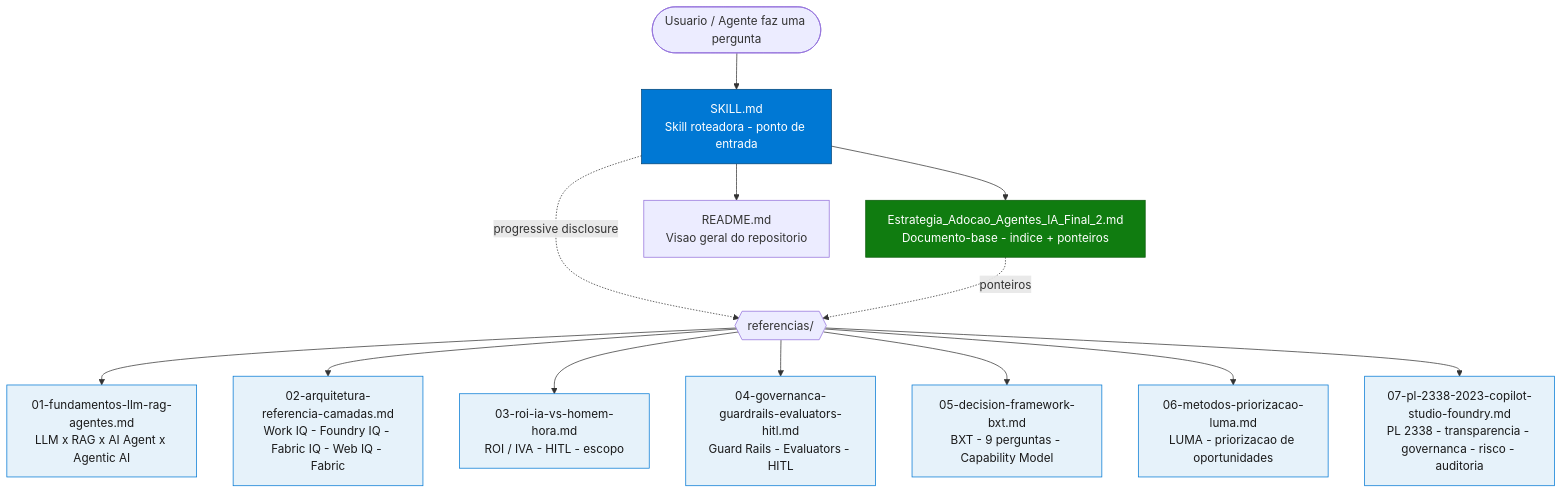
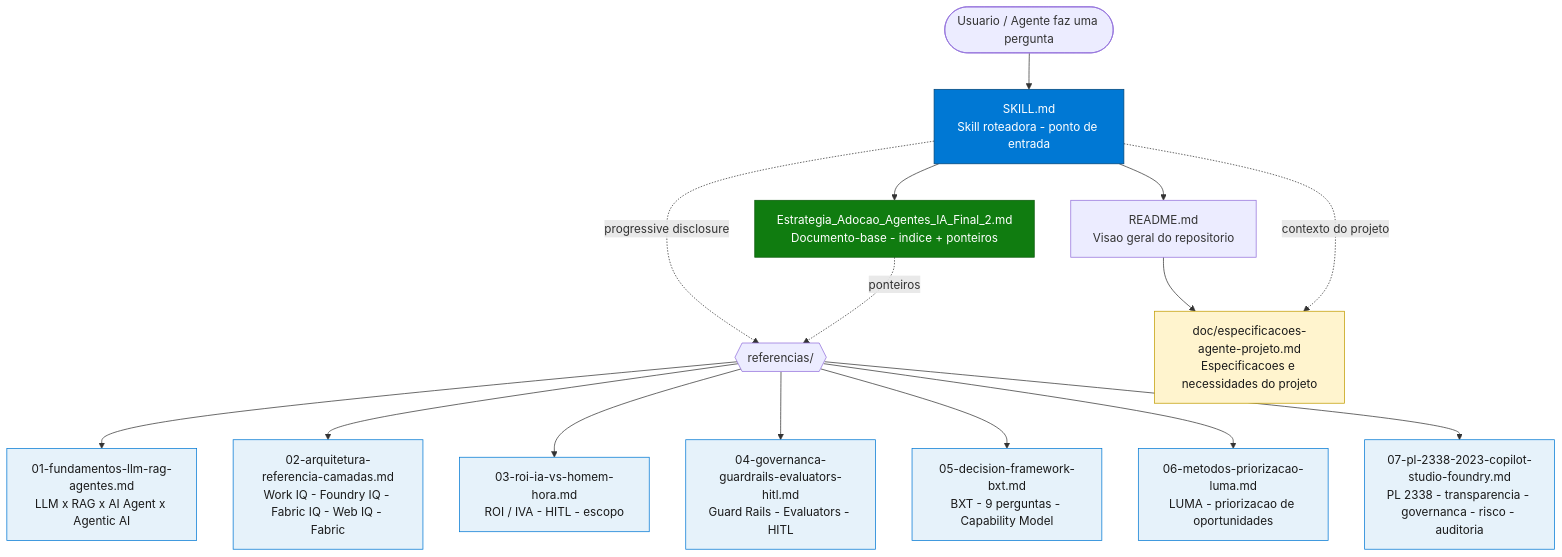
The first of 2 diagrams in README.md (fabioharams/hubsp-ai-skill), drawn with Mermaid before and after one commit. The commit also changed other lines of this file and 1 other file, not shown here.

````diff
--- a/README.md
+++ b/README.md
@@ -37,25 +37,29 @@
 ```mermaid
 graph TD
     USER([Usuario / Agente faz uma pergunta]) --> SKILL[SKILL.md<br/>Skill roteadora - ponto de entrada]
     SKILL --> CANON[Estrategia_Adocao_Agentes_IA_Final_2.md<br/>Documento-base - indice + ponteiros]
 
     SKILL -. progressive disclosure .-> REF{{referencias/}}
     CANON -. ponteiros .-> REF
 
       REF --> R1[01-fundamentos-llm-rag-agentes.md<br/>LLM x RAG x AI Agent x Agentic AI]
       REF --> R2[02-arquitetura-referencia-camadas.md<br/>Work IQ - Foundry IQ - Fabric IQ - Web IQ - Fabric]
       REF --> R3[03-roi-ia-vs-homem-hora.md<br/>ROI / IVA - HITL - escopo]
       REF --> R4[04-governanca-guardrails-evaluators-hitl.md<br/>Guard Rails - Evaluators - HITL]
       REF --> R5[05-decision-framework-bxt.md<br/>BXT - 9 perguntas - Capability Model]
       REF --> R6[06-metodos-priorizacao-luma.md<br/>LUMA - priorizacao de oportunidades]
       REF --> R7[07-pl-2338-2023-copilot-studio-foundry.md<br/>PL 2338 - transparencia - governanca - risco - auditoria]
 
     SKILL --> README[README.md<br/>Visao geral do repositorio]
+   README --> DOC[doc/especificacoes-agente-projeto.md<br/>Especificacoes e necessidades do projeto]
+   SKILL -. contexto do projeto .-> DOC
 
     classDef entry fill:#0078D4,stroke:#004578,color:#fff;
     classDef canon fill:#107C10,stroke:#0B5A0B,color:#fff;
     classDef ref fill:#E6F2FA,stroke:#0078D4,color:#1a1a1a;
+   classDef doc fill:#FFF4CE,stroke:#C19C00,color:#1a1a1a;
     class SKILL entry;
     class CANON canon;
    class R1,R2,R3,R4,R5,R6,R7 ref;
+   class DOC doc;
 ```
````
